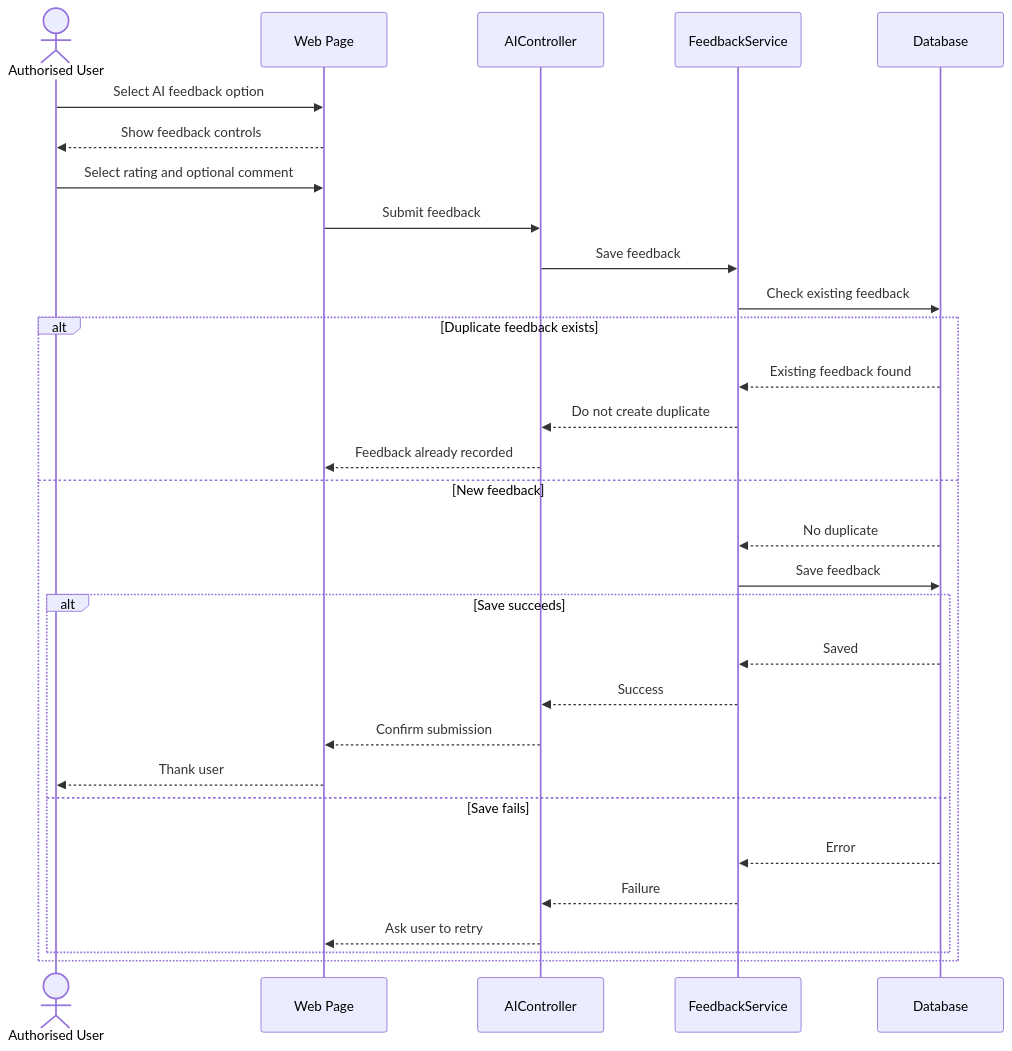
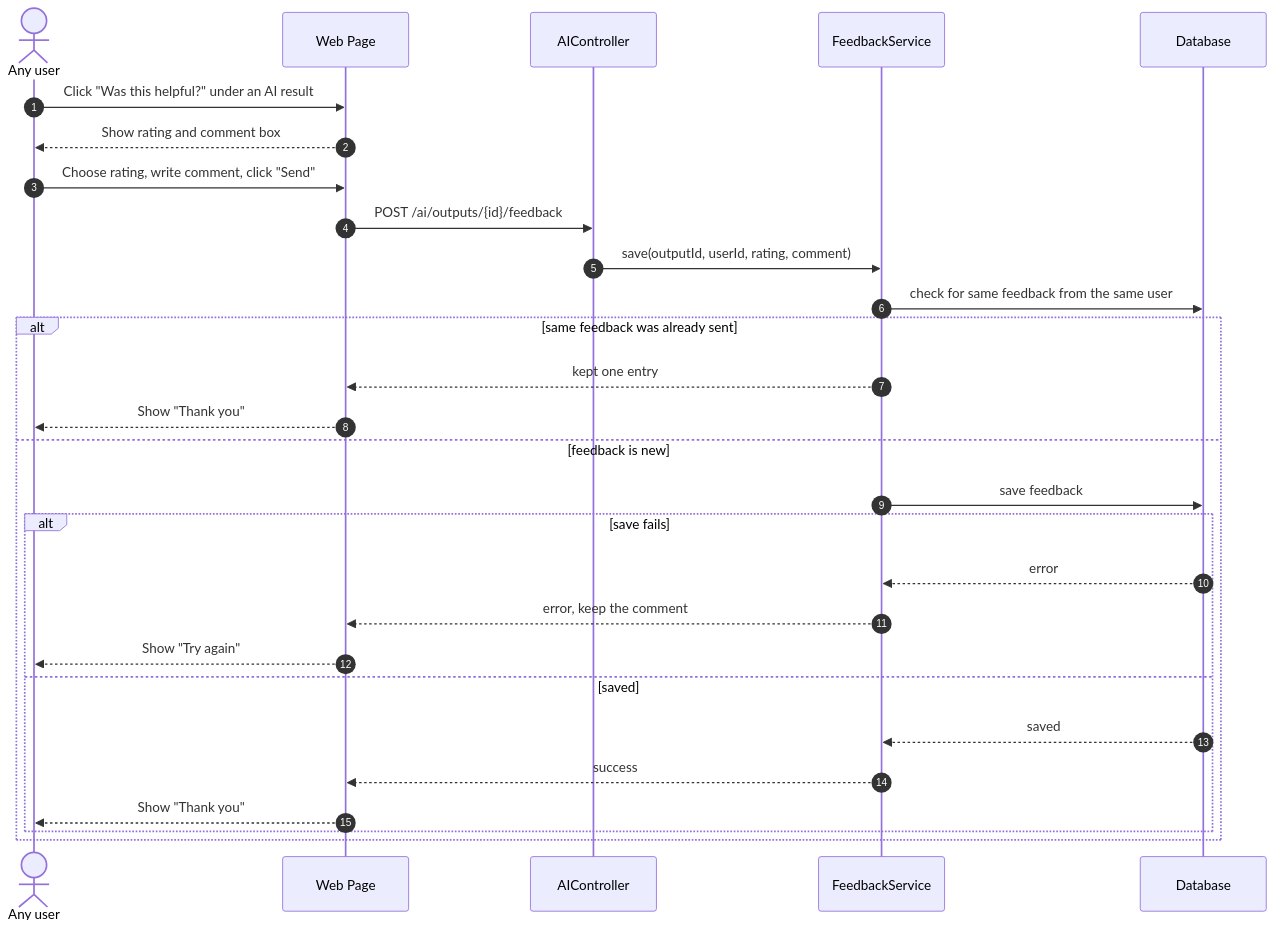
One commit to Abdulla66541/COSC336-GROUP5 changed the tenth of 12 diagrams in phase 4-5/04_part4_ai_and_sustainability.md. Above: the diagram before and after it, drawn with Mermaid. The commit also changed other lines of this file, not shown here.

````diff
--- a/phase 4-5/04_part4_ai_and_sustainability.md
+++ b/phase 4-5/04_part4_ai_and_sustainability.md
@@ -560,36 +494,35 @@
 ```mermaid
 sequenceDiagram
-    actor U as Authorised User
+    autonumber
+    actor U as Any user
     participant UI as Web Page
-    participant AIC as AIController
-    participant FS as FeedbackService
+    participant AIController
+    participant FeedbackService
     participant DB as Database
 
-    U->>UI: Select AI feedback option
-    UI-->>U: Show feedback controls
-    U->>UI: Select rating and optional comment
-    UI->>AIC: Submit feedback
-    AIC->>FS: Save feedback
-    FS->>DB: Check existing feedback
+    U->>UI: Click "Was this helpful?" under an AI result
+    UI-->>U: Show rating and comment box
+    U->>UI: Choose rating, write comment, click "Send"
+    UI->>AIController: POST /ai/outputs/{id}/feedback
+    AIController->>FeedbackService: save(outputId, userId, rating, comment)
+    FeedbackService->>DB: check for same feedback from the same user
 
-    alt Duplicate feedback exists
-        DB-->>FS: Existing feedback found
-        FS-->>AIC: Do not create duplicate
-        AIC-->>UI: Feedback already recorded
+    alt same feedback was already sent
+        FeedbackService-->>UI: kept one entry
+        UI-->>U: Show "Thank you"
 
-    else New feedback
-        DB-->>FS: No duplicate
-        FS->>DB: Save feedback
+    else feedback is new
+        FeedbackService->>DB: save feedback
 
-        alt Save succeeds
-            DB-->>FS: Saved
-            FS-->>AIC: Success
-            AIC-->>UI: Confirm submission
-            UI-->>U: Thank user
-        else Save fails
-            DB-->>FS: Error
-            FS-->>AIC: Failure
-            AIC-->>UI: Ask user to retry
+        alt save fails
+            DB-->>FeedbackService: error
+            FeedbackService-->>UI: error, keep the comment
+            UI-->>U: Show "Try again"
+
+        else saved
+            DB-->>FeedbackService: saved
+            FeedbackService-->>UI: success
+            UI-->>U: Show "Thank you"
         end
     end
 ```
````
